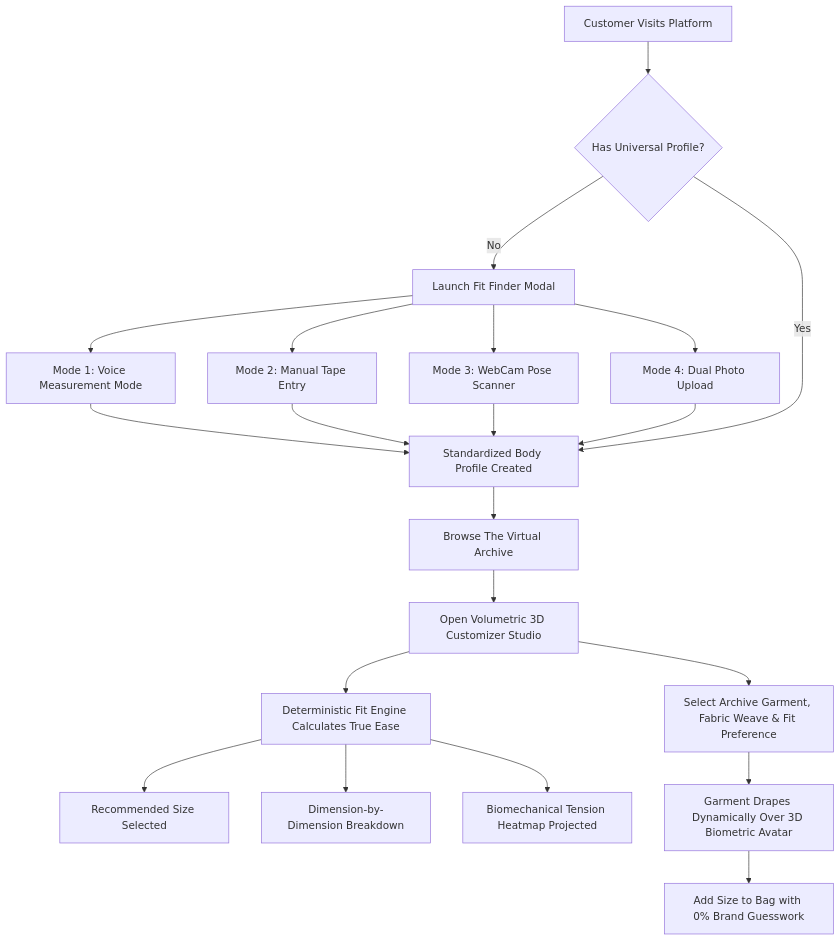
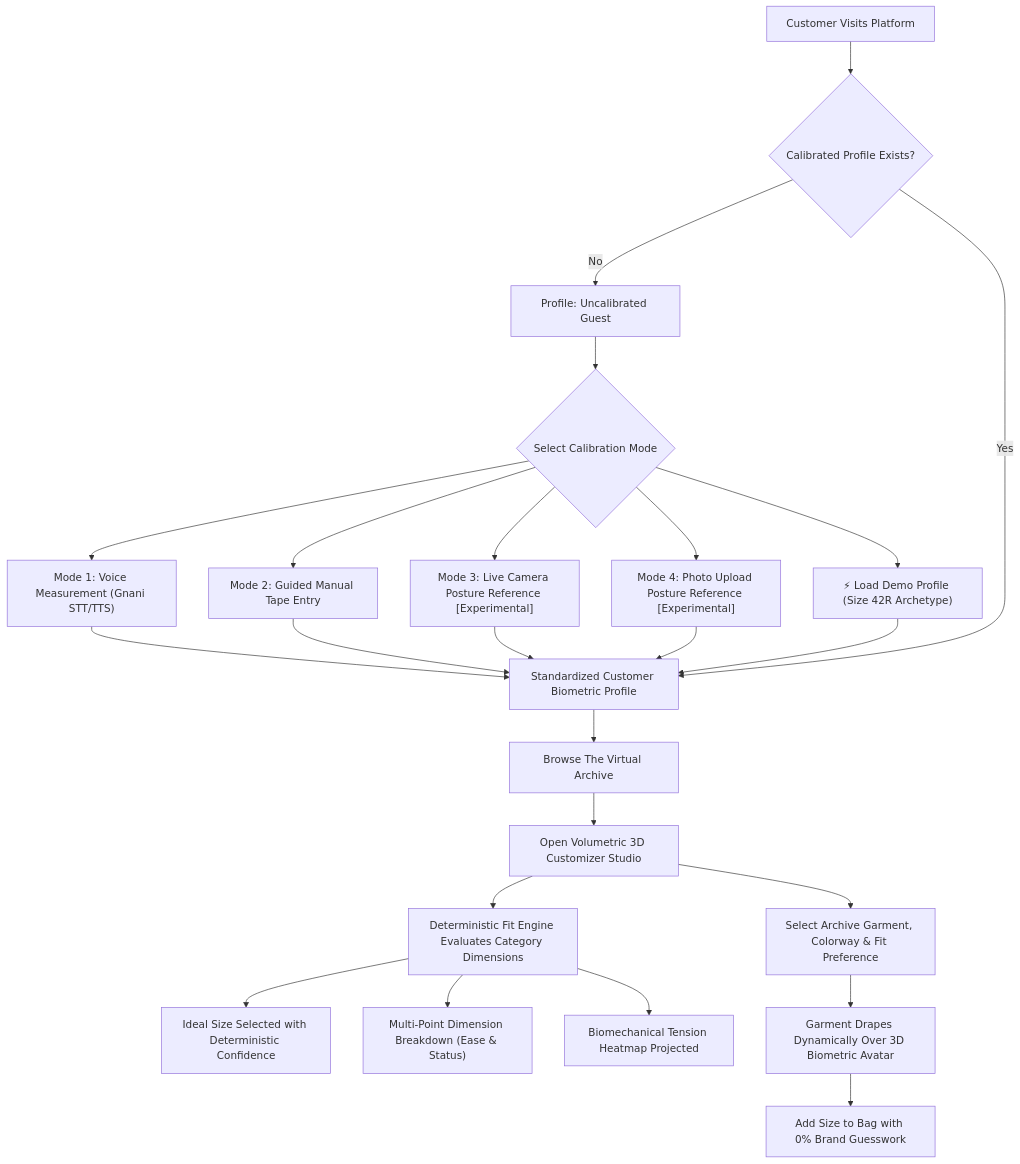
The diagram in README.md (maddycode5/FitMatch-AI), drawn with Mermaid before and after one commit. The commit also changed other lines of this file, not shown here.

Commit message:
docs: update README with real Gnani STT architecture, category scoring matrices, and workflow diagrams

````diff
--- a/README.md
+++ b/README.md
@@ -244,23 +282,26 @@
 ```mermaid
 flowchart TD
-    A["Customer Visits Platform"] --> B{"Has Universal Profile?"}
-    B -- No --> C["Launch Fit Finder Modal"]
-    C --> D1["Mode 1: Voice Measurement Mode"]
-    C --> D2["Mode 2: Manual Tape Entry"]
-    C --> D3["Mode 3: WebCam Pose Scanner"]
-    C --> D4["Mode 4: Dual Photo Upload"]
-    D1 --> E["Standardized Body Profile Created"]
-    D2 --> E
-    D3 --> E
-    D4 --> E
-    B -- Yes --> E
-    E --> F["Browse The Virtual Archive"]
-    F --> G["Open Volumetric 3D Customizer Studio"]
-    G --> H["Deterministic Fit Engine Calculates True Ease"]
-    H --> I1["Recommended Size Selected"]
-    H --> I2["Dimension-by-Dimension Breakdown"]
-    H --> I3["Biomechanical Tension Heatmap Projected"]
-    G --> J["Select Archive Garment, Fabric Weave & Fit Preference"]
-    J --> K["Garment Drapes Dynamically Over 3D Biometric Avatar"]
-    K --> L["Add Size to Bag with 0% Brand Guesswork"]
+    A["Customer Visits Platform"] --> B{"Calibrated Profile Exists?"}
+    B -- No --> C["Profile: Uncalibrated Guest"]
+    C --> D{"Select Calibration Mode"}
+    D --> E1["Mode 1: Voice Measurement (Gnani STT/TTS)"]
+    D --> E2["Mode 2: Guided Manual Tape Entry"]
+    D --> E3["Mode 3: Live Camera Posture Reference [Experimental]"]
+    D --> E4["Mode 4: Photo Upload Posture Reference [Experimental]"]
+    D --> E5["⚡ Load Demo Profile (Size 42R Archetype)"]
+    E1 --> F["Standardized Customer Biometric Profile"]
+    E2 --> F
+    E3 --> F
+    E4 --> F
+    E5 --> F
+    B -- Yes --> F
+    F --> G["Browse The Virtual Archive"]
+    G --> H["Open Volumetric 3D Customizer Studio"]
+    H --> I["Deterministic Fit Engine Evaluates Category Dimensions"]
+    I --> J1["Ideal Size Selected with Deterministic Confidence"]
+    I --> J2["Multi-Point Dimension Breakdown (Ease & Status)"]
+    I --> J3["Biomechanical Tension Heatmap Projected"]
+    H --> K["Select Archive Garment, Colorway & Fit Preference"]
+    K --> L["Garment Drapes Dynamically Over 3D Biometric Avatar"]
+    L --> M["Add Size to Bag with 0% Brand Guesswork"]
 ```
````
